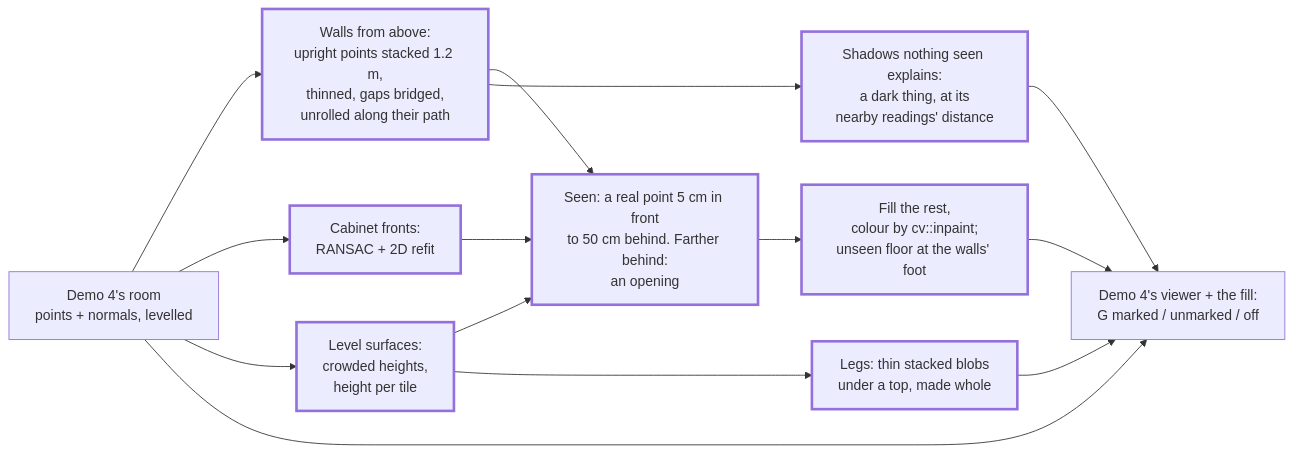
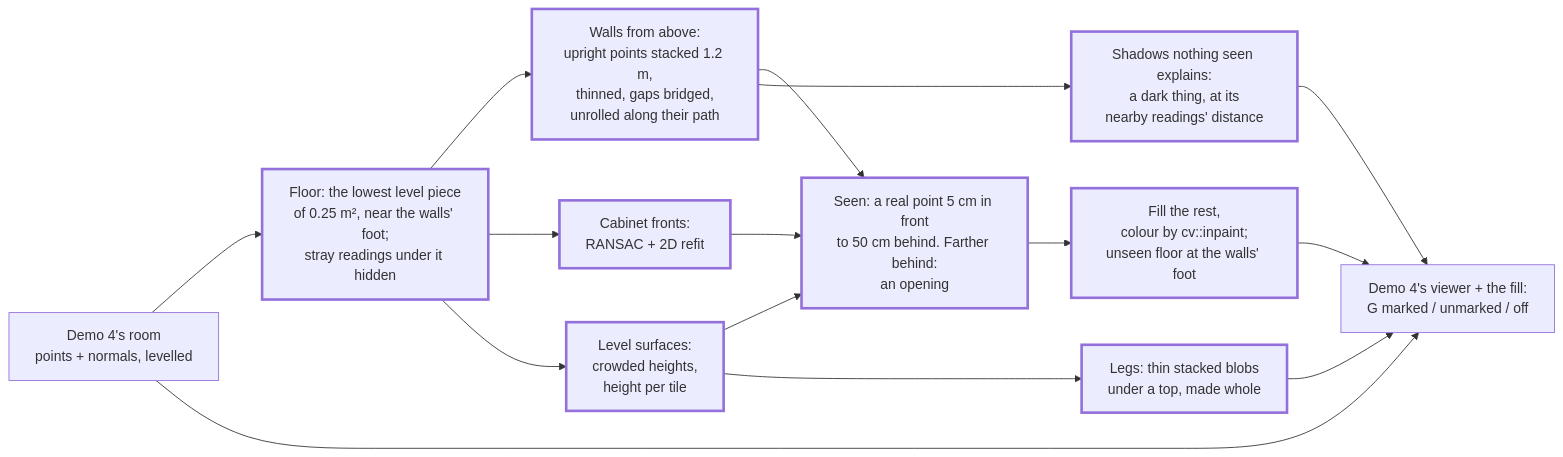
Diagram 31 of 31 in exercises/cpp/EXAMPLES.md (Kramav/Spotter), drawn with Mermaid before and after one commit. The commit also changed other lines of this file and 7 other files, not shown here.

````diff
--- a/exercises/cpp/EXAMPLES.md
+++ b/exercises/cpp/EXAMPLES.md
@@ -722,19 +722,20 @@
 ```mermaid
 flowchart LR
-    OBJ["Demo 4's room<br/>points + normals, levelled"] --> WALL["Walls from above:<br/>upright points stacked 1.2 m,<br/>thinned, gaps bridged,<br/>unrolled along their path"]
-    OBJ --> UP["Cabinet fronts:<br/>RANSAC + 2D refit"]
-    OBJ --> LV["Level surfaces:<br/>crowded heights,<br/>height per tile"]
+    OBJ["Demo 4's room<br/>points + normals, levelled"] --> FLOOR["Floor: the lowest level piece<br/>of 0.25 m², near the walls' foot;<br/>stray readings under it hidden"]
+    FLOOR --> WALL["Walls from above:<br/>upright points stacked 1.2 m,<br/>thinned, gaps bridged,<br/>unrolled along their path"]
+    FLOOR --> UP["Cabinet fronts:<br/>RANSAC + 2D refit"]
+    FLOOR --> LV["Level surfaces:<br/>crowded heights,<br/>height per tile"]
     WALL --> SEEN["Seen: a real point 5 cm in front<br/>to 50 cm behind. Farther behind:<br/>an opening"]
     UP --> SEEN
     LV --> SEEN
     SEEN --> FILL["Fill the rest,<br/>colour by cv::inpaint;<br/>unseen floor at the walls' foot"]
     LV --> LEG["Legs: thin stacked blobs<br/>under a top, made whole"]
     WALL --> DARK["Shadows nothing seen explains:<br/>a dark thing, at its<br/>nearby readings' distance"]
     FILL --> V["Demo 4's viewer + the fill:<br/>G marked / unmarked / off"]
     LEG --> V
     DARK --> V
     OBJ --> V
 
     classDef new stroke-width:3px
-    class WALL,UP,LV,SEEN,FILL,LEG,DARK new
+    class FLOOR,WALL,UP,LV,SEEN,FILL,LEG,DARK new
 ```
````
